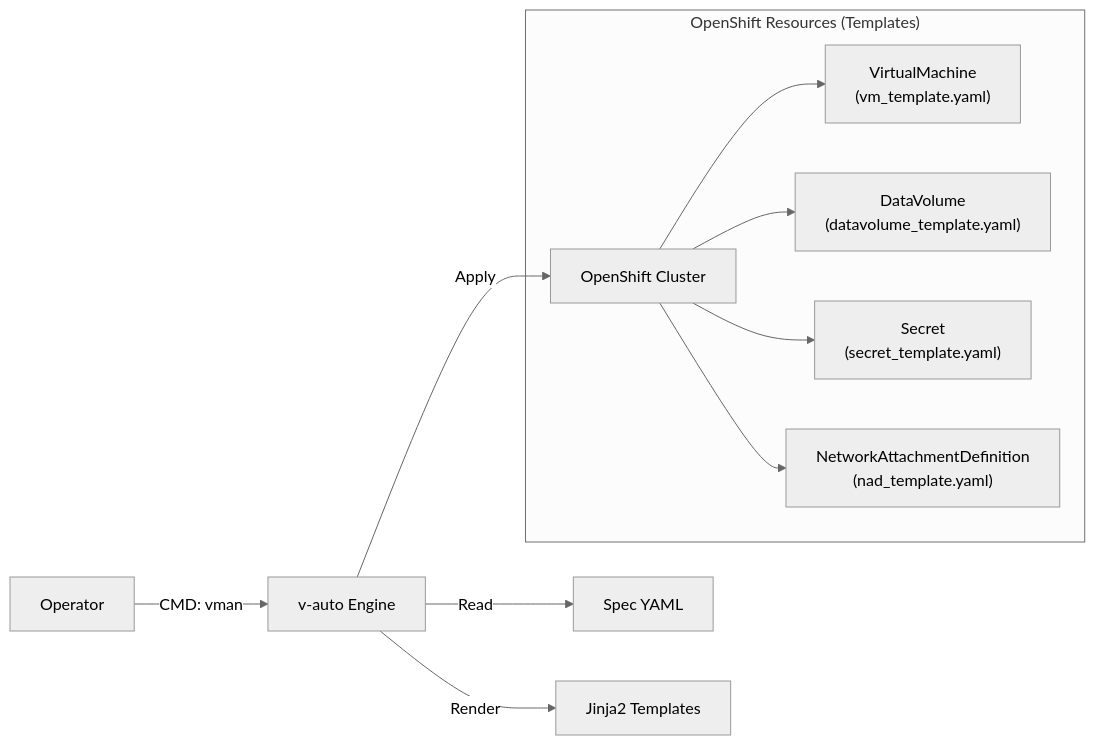
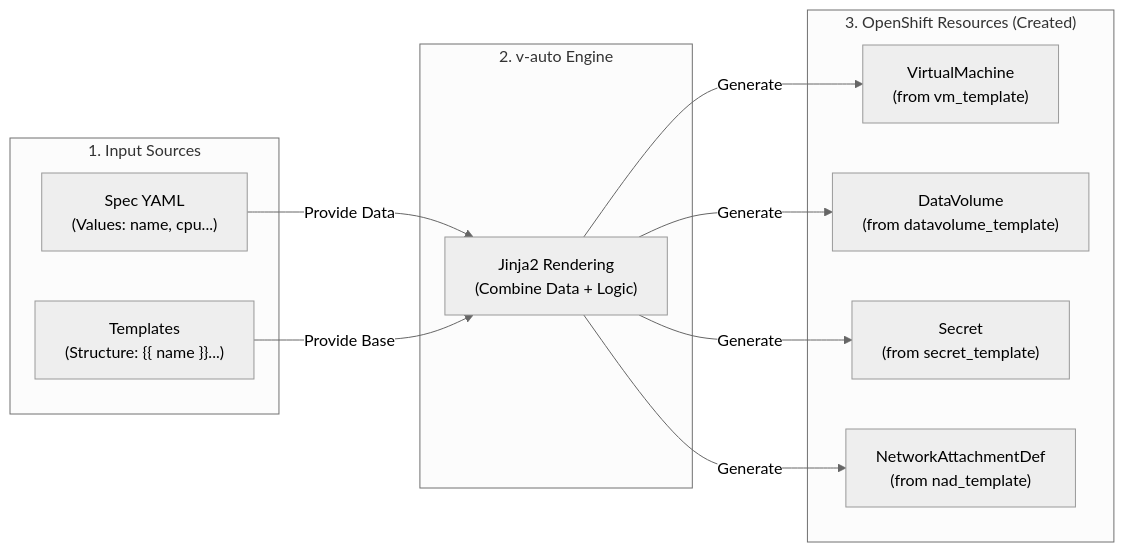
The diagram in DOCS_USER.md (chkeum/v-auto), drawn with Mermaid (neutral theme) before and after one commit. The commit also changed 1 other file, not shown here.

Commit message:
Redesign Architecture Diagram for Clarity (v20260120)

````diff
--- a/DOCS_USER.md
+++ b/DOCS_USER.md
@@ -33,14 +33,26 @@
 ```mermaid
 graph LR
-    User[Operator] -->|CMD: vman| vAuto[v-auto Engine]
-    vAuto -->|Read| Spec[Spec YAML]
-    vAuto -->|Render| Tpl[Jinja2 Templates]
-    vAuto -->|Apply| OCP[OpenShift Cluster]
+    subgraph Inputs["1. Input Sources"]
+    Spec["Spec YAML<br>(Values: name, cpu...)"]
+    Tpl["Templates<br>(Structure: {{ name }}...)"]
+    end
+
+    subgraph Engine["2. v-auto Engine"]
+    Render["Jinja2 Rendering<br>(Combine Data + Logic)"]
+    end
     
-    subgraph "OpenShift Resources (Templates)"
-    OCP --> VM["VirtualMachine<br>(vm_template.yaml)"]
-    OCP --> DV["DataVolume<br>(datavolume_template.yaml)"]
-    OCP --> Secret["Secret<br>(secret_template.yaml)"]
-    OCP --> NAD["NetworkAttachmentDefinition<br>(nad_template.yaml)"]
+    subgraph Resources["3. OpenShift Resources (Created)"]
+    VM["VirtualMachine<br>(from vm_template)"]
+    DV["DataVolume<br>(from datavolume_template)"]
+    Secret["Secret<br>(from secret_template)"]
+    NAD["NetworkAttachmentDef<br>(from nad_template)"]
     end
+    
+    Spec -->|Provide Data| Render
+    Tpl -->|Provide Base| Render
+    
+    Render -->|Generate| VM
+    Render -->|Generate| DV
+    Render -->|Generate| Secret
+    Render -->|Generate| NAD
 ```
````
